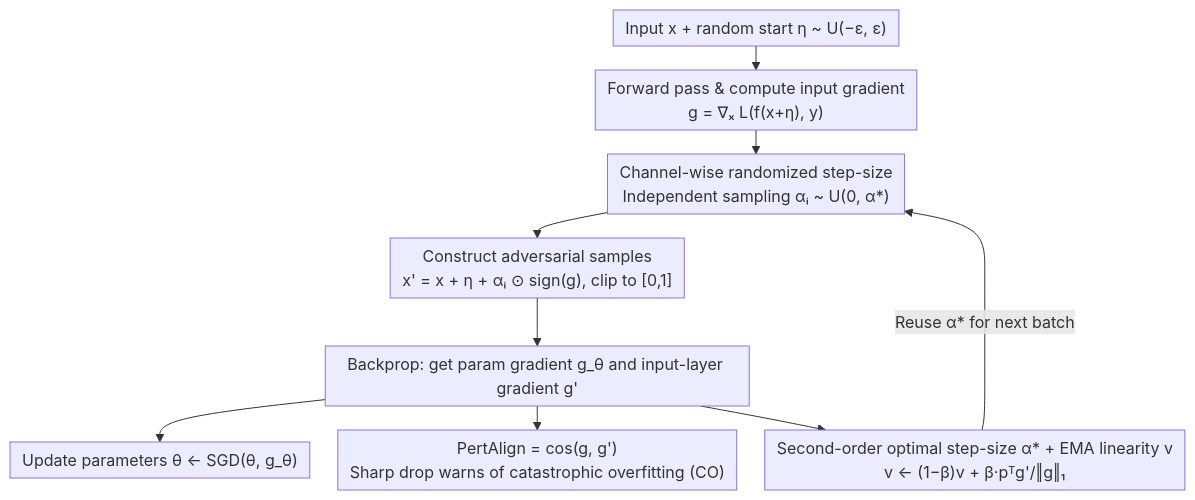
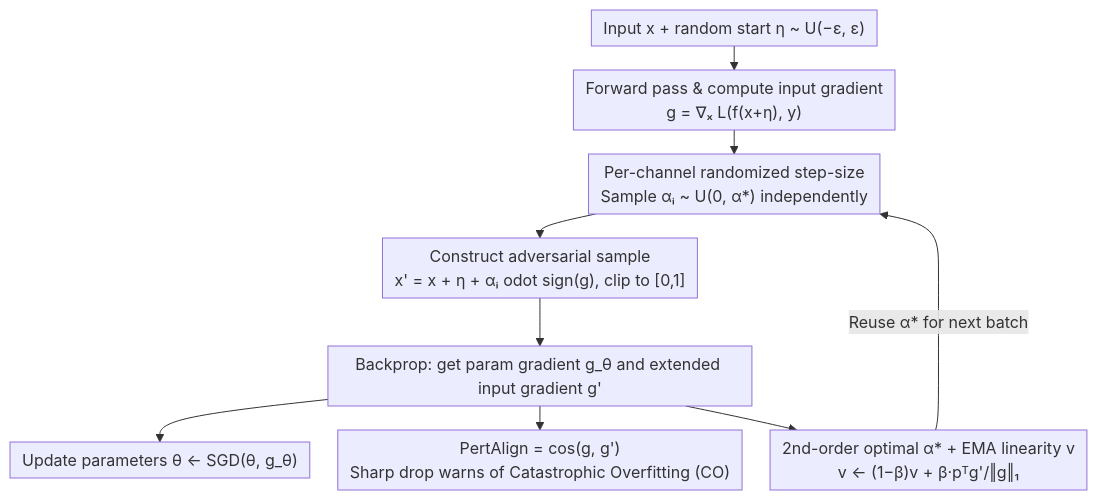
Before and after one commit to zhaoyang97/Paper-Notes-en: the diagram in docs/ICML2026/ai_safety/sora_free_second-order_attacks_in_fast_adversarial_training.md, drawn with Mermaid. The commit also changed other lines of this file and 5084 other files, not shown here.

````diff
--- a/docs/ICML2026/ai_safety/sora_free_second-order_attacks_in_fast_adversarial_training.md
+++ b/docs/ICML2026/ai_safety/sora_free_second-order_attacks_in_fast_adversarial_training.md
@@ -41,12 +41,12 @@
 ```mermaid
 %%{init: {'flowchart': {'rankSpacing': 24, 'nodeSpacing': 28, 'padding': 6, 'wrappingWidth': 400}}}%%
 flowchart TD
     A["Input x + random start η ~ U(−ε, ε)"] --> B["Forward pass & compute input gradient<br/>g = ∇ₓ L(f(x+η), y)"]
-    B --> C["Channel-wise randomized step-size<br/>Independent sampling αᵢ ~ U(0, α*)"]
-    C --> D["Construct adversarial samples<br/>x' = x + η + αᵢ ⊙ sign(g), clip to [0,1]"]
-    D --> E["Backprop: get param gradient g_θ and input-layer gradient g'"]
+    B --> C["Per-channel randomized step-size<br/>Sample αᵢ ~ U(0, α*) independently"]
+    C --> D["Construct adversarial sample<br/>x' = x + η + αᵢ odot sign(g), clip to [0,1]"]
+    D --> E["Backprop: get param gradient g_θ and extended input gradient g'"]
     E --> F["Update parameters θ ← SGD(θ, g_θ)"]
-    E --> G["PertAlign = cos(g, g')<br/>Sharp drop warns of catastrophic overfitting (CO)"]
-    E --> H["Second-order optimal step-size α* + EMA linearity v<br/>v ← (1−β)v + β·pᵀg'/‖g‖₁"]
+    E --> G["PertAlign = cos(g, g')<br/>Sharp drop warns of Catastrophic Overfitting (CO)"]
+    E --> H["2nd-order optimal α* + EMA linearity v<br/>v ← (1−β)v + β·pᵀg'/‖g‖₁"]
     H -->|Reuse α* for next batch| C
 ```
````
